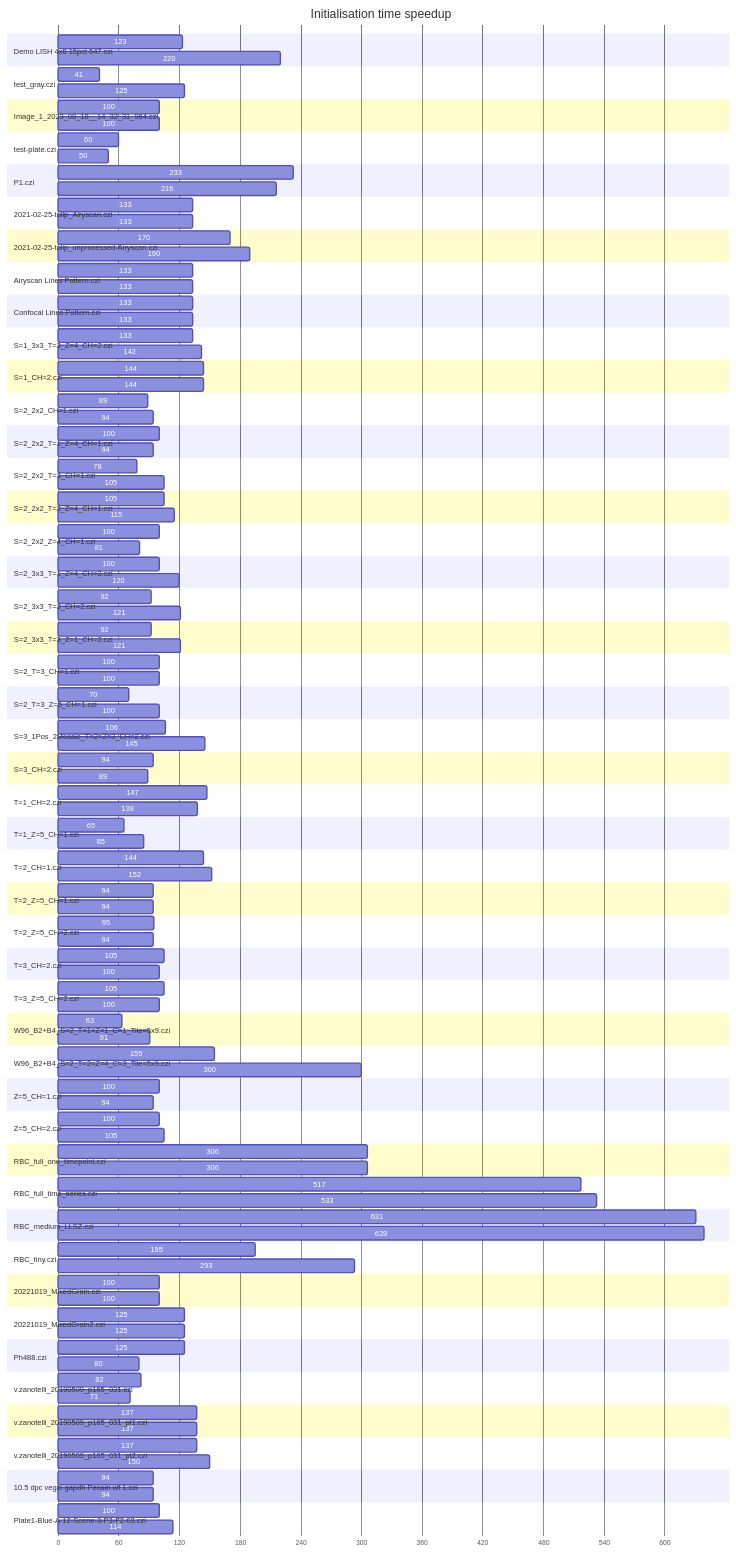
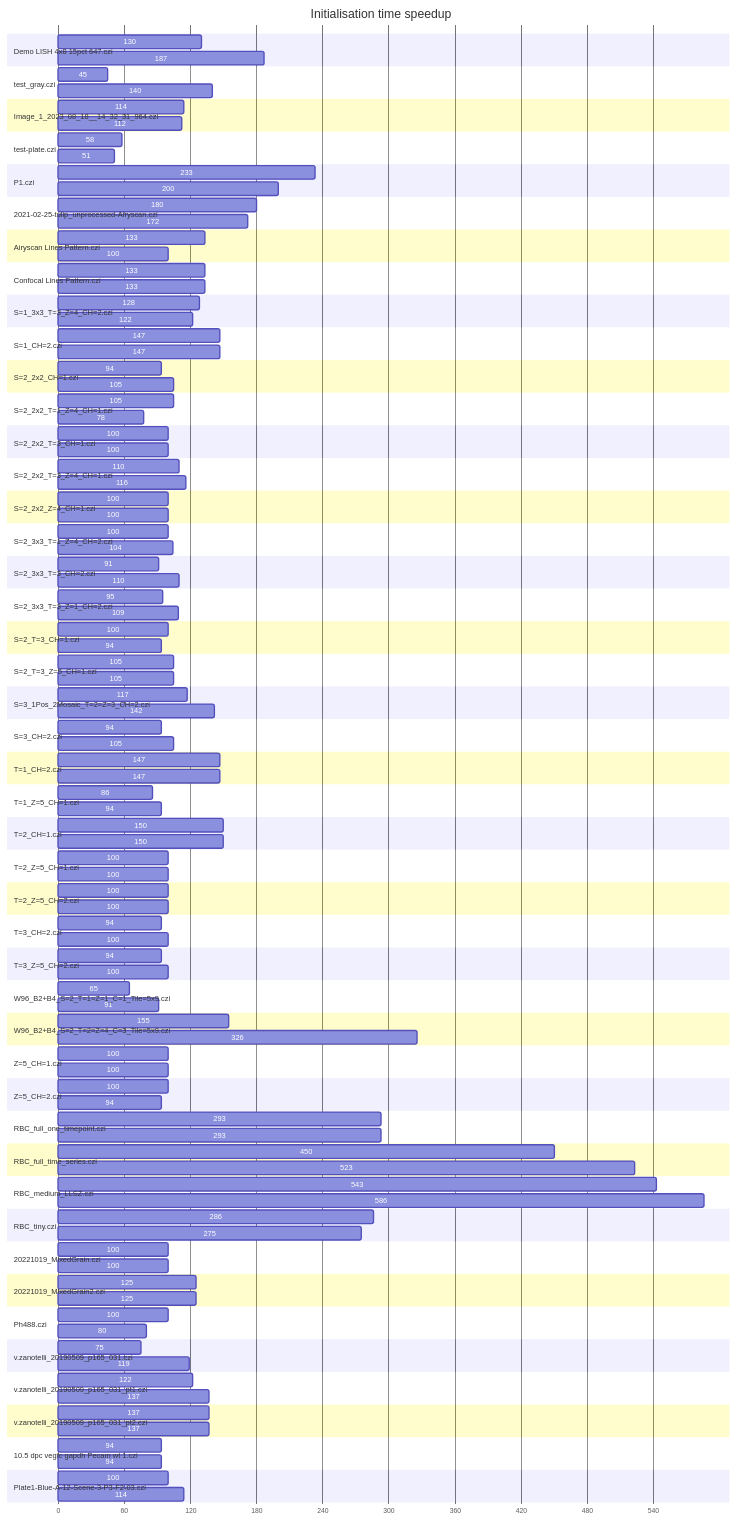
One commit to BIOP/quick-start-czi-reader changed the second of 4 diagrams in comparison_summary_chart.md. Above: the diagram before and after it, drawn with Mermaid. The commit also changed other lines of this file and 96 other files, not shown here.

```diff
--- a/comparison_summary_chart.md
+++ b/comparison_summary_chart.md
@@ -198,157 +194,153 @@
             axisFormat %s
 
             section Demo LISH 4x8 15pct 647.czi
-            123   : 0, 123
+            130   : 0, 130
             section Demo LISH 4x8 15pct 647.czi
-            220   : 0, 220
+            187   : 0, 187
             section test_gray.czi
-            41   : 0, 41
+            45   : 0, 45
             section test_gray.czi
-            125   : 0, 125
+            140   : 0, 140
             section Image_1_2023_08_18__14_32_31_964.czi
-            100   : 0, 100
+            114   : 0, 114
             section Image_1_2023_08_18__14_32_31_964.czi
-            100   : 0, 100
+            112   : 0, 112
             section test-plate.czi
-            60   : 0, 60
+            58   : 0, 58
             section test-plate.czi
-            50   : 0, 50
+            51   : 0, 51
             section P1.czi
             233   : 0, 233
             section P1.czi
-            216   : 0, 216
-            section 2021-02-25-tulip_Airyscan.czi
-            133   : 0, 133
-            section 2021-02-25-tulip_Airyscan.czi
-            133   : 0, 133
+            200   : 0, 200
             section 2021-02-25-tulip_unprocessed-Airyscan.czi
-            170   : 0, 170
+            180   : 0, 180
             section 2021-02-25-tulip_unprocessed-Airyscan.czi
-            190   : 0, 190
+            172   : 0, 172
             section Airyscan Lines Pattern.czi
             133   : 0, 133
             section Airyscan Lines Pattern.czi
-            133   : 0, 133
+            100   : 0, 100
             section Confocal Lines Pattern.czi
             133   : 0, 133
             section Confocal Lines Pattern.czi
             133   : 0, 133
             section S=1_3x3_T=3_Z=4_CH=2.czi
-            133   : 0, 133
+            128   : 0, 128
             section S=1_3x3_T=3_Z=4_CH=2.czi
-            142   : 0, 142
+            122   : 0, 122
             section S=1_CH=2.czi
-            144   : 0, 144
+            147   : 0, 147
             section S=1_CH=2.czi
-            144   : 0, 144
-            section S=2_2x2_CH=1.czi
-            89   : 0, 89
+            147   : 0, 147
             section S=2_2x2_CH=1.czi
             94   : 0, 94
+            section S=2_2x2_CH=1.czi
+            105   : 0, 105
             section S=2_2x2_T=1_Z=4_CH=1.czi
-            100   : 0, 100
+            105   : 0, 105
             section S=2_2x2_T=1_Z=4_CH=1.czi
-            94   : 0, 94
-            section S=2_2x2_T=3_CH=1.czi
             78   : 0, 78
             section S=2_2x2_T=3_CH=1.czi
-            105   : 0, 105
+            100   : 0, 100
+            section S=2_2x2_T=3_CH=1.czi
+            100   : 0, 100
             section S=2_2x2_T=3_Z=4_CH=1.czi
-            105   : 0, 105
+            110   : 0, 110
             section S=2_2x2_T=3_Z=4_CH=1.czi
-            115   : 0, 115
+            116   : 0, 116
             section S=2_2x2_Z=4_CH=1.czi
             100   : 0, 100
             section S=2_2x2_Z=4_CH=1.czi
-            81   : 0, 81
+            100   : 0, 100
             section S=2_3x3_T=1_Z=4_CH=2.czi
             100   : 0, 100
             section S=2_3x3_T=1_Z=4_CH=2.czi
-            120   : 0, 120
+            104   : 0, 104
             section S=2_3x3_T=3_CH=2.czi
-            92   : 0, 92
+            91   : 0, 91
             section S=2_3x3_T=3_CH=2.czi
-            121   : 0, 121
+            110   : 0, 110
             section S=2_3x3_T=3_Z=1_CH=2.czi
-            92   : 0, 92
+            95   : 0, 95
             section S=2_3x3_T=3_Z=1_CH=2.czi
-            121   : 0, 121
+            109   : 0, 109
             section S=2_T=3_CH=1.czi
             100   : 0, 100
             section S=2_T=3_CH=1.czi
-            100   : 0, 100
+            94   : 0, 94
             section S=2_T=3_Z=5_CH=1.czi
-            70   : 0, 70
+            105   : 0, 105
             section S=2_T=3_Z=5_CH=1.czi
-            100   : 0, 100
+            105   : 0, 105
             section S=3_1Pos_2Mosaic_T=2=Z=3_CH=2.czi
-            106   : 0, 106
+            117   : 0, 117
             section S=3_1Pos_2Mosaic_T=2=Z=3_CH=2.czi
-            145   : 0, 145
+            142   : 0, 142
             section S=3_CH=2.czi
             94   : 0, 94
             section S=3_CH=2.czi
-            89   : 0, 89
+            105   : 0, 105
             section T=1_CH=2.czi
             147   : 0, 147
             section T=1_CH=2.czi
-            138   : 0, 138
+            147   : 0, 147
             section T=1_Z=5_CH=1.czi
-            65   : 0, 65
+            86   : 0, 86
             section T=1_Z=5_CH=1.czi
-            85   : 0, 85
+            94   : 0, 94
             section T=2_CH=1.czi
-            144   : 0, 144
+            150   : 0, 150
             section T=2_CH=1.czi
-            152   : 0, 152
+            150   : 0, 150
             section T=2_Z=5_CH=1.czi
+            100   : 0, 100
+            section T=2_Z=5_CH=1.czi
+            100   : 0, 100
+            section T=2_Z=5_CH=2.czi
+            100   : 0, 100
+            section T=2_Z=5_CH=2.czi
+            100   : 0, 100
+            section T=3_CH=2.czi
             94   : 0, 94
-            section T=2_Z=5_CH=1.czi
-            94   : 0, 94
-            section T=2_Z=5_CH=2.czi
-            95   : 0, 95
-            section T=2_Z=5_CH=2.czi
-            94   : 0, 94
-            section T=3_CH=2.czi
-            105   : 0, 105
             section T=3_CH=2.czi
             100   : 0, 100
             section T=3_Z=5_CH=2.czi
-            105   : 0, 105
+            94   : 0, 94
             section T=3_Z=5_CH=2.czi
             100   : 0, 100
             section W96_B2+B4_S=2_T=1=Z=1_C=1_Tile=5x9.czi
-            63   : 0, 63
+            65   : 0, 65
             section W96_B2+B4_S=2_T=1=Z=1_C=1_Tile=5x9.czi
             91   : 0, 91
             section W96_B2+B4_S=2_T=2=Z=4_C=3_Tile=5x9.czi
             155   : 0, 155
             section W96_B2+B4_S=2_T=2=Z=4_C=3_Tile=5x9.czi
-            300   : 0, 300
+            326   : 0, 326
             section Z=5_CH=1.czi
             100   : 0, 100
             section Z=5_CH=1.czi
-            94   : 0, 94
+            100   : 0, 100
             section Z=5_CH=2.czi
             100   : 0, 100
             section Z=5_CH=2.czi
-            105   : 0, 105
+            94   : 0, 94
             section RBC_full_one_timepoint.czi
-            306   : 0, 306
+            293   : 0, 293
             section RBC_full_one_timepoint.czi
-            306   : 0, 306
+            293   : 0, 293
             section RBC_full_time_series.czi
-            517   : 0, 517
+            450   : 0, 450
             section RBC_full_time_series.czi
-            533   : 0, 533
+            523   : 0, 523
             section RBC_medium_LLSZ.czi
-            631   : 0, 631
+            543   : 0, 543
             section RBC_medium_LLSZ.czi
-            639   : 0, 639
+            586   : 0, 586
             section RBC_tiny.czi
-            195   : 0, 195
+            286   : 0, 286
             section RBC_tiny.czi
-            293   : 0, 293
+            275   : 0, 275
             section 20221019_MixedGrain.czi
             100   : 0, 100
             section 20221019_MixedGrain.czi
@@ -358,21 +350,21 @@
             section 20221019_MixedGrain2.czi
             125   : 0, 125
             section Ph488.czi
-            125   : 0, 125
+            100   : 0, 100
             section Ph488.czi
             80   : 0, 80
             section v.zanotelli_20190509_p165_031.czi
-            82   : 0, 82
+            75   : 0, 75
             section v.zanotelli_20190509_p165_031.czi
-            71   : 0, 71
+            119   : 0, 119
             section v.zanotelli_20190509_p165_031_pt1.czi
-            137   : 0, 137
+            122   : 0, 122
             section v.zanotelli_20190509_p165_031_pt1.czi
             137   : 0, 137
             section v.zanotelli_20190509_p165_031_pt2.czi
             137   : 0, 137
             section v.zanotelli_20190509_p165_031_pt2.czi
-            150   : 0, 150
+            137   : 0, 137
             section 10.5 dpc vegfc gapdh Pecam wt 1.czi
             94   : 0, 94
             section 10.5 dpc vegfc gapdh Pecam wt 1.czi
```
